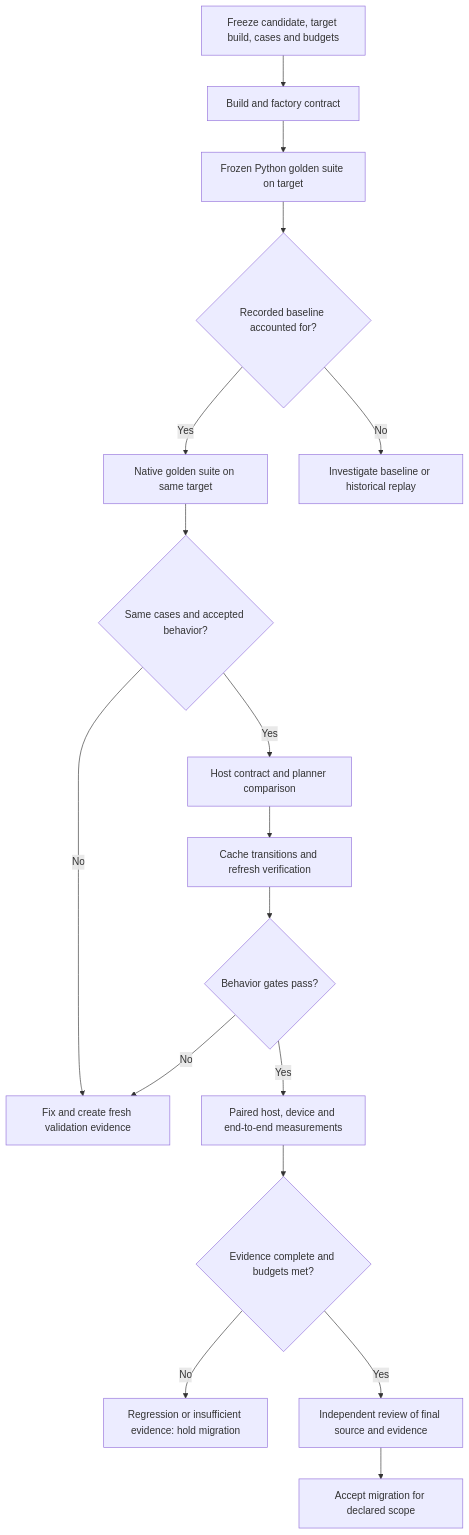
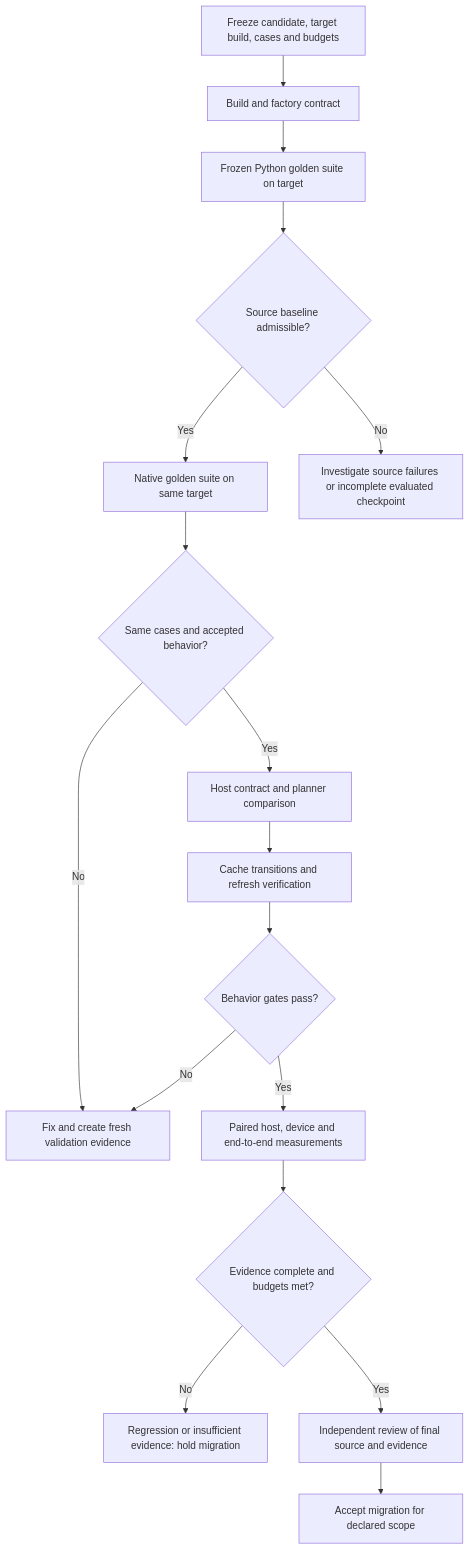
The diagram in tools/generic_op_to_factory/COMPARISON_GATE.md (tenstorrent/tt-metal), drawn with Mermaid before and after one commit. The commit also changed other lines of this file and 8 other files, not shown here.

````diff
--- a/tools/generic_op_to_factory/COMPARISON_GATE.md
+++ b/tools/generic_op_to_factory/COMPARISON_GATE.md
@@ -18,19 +23,19 @@
 ```mermaid
 flowchart TD
     A[Freeze candidate, target build, cases and budgets] --> B[Build and factory contract]
     B --> C[Frozen Python golden suite on target]
-    C --> D{Recorded baseline accounted for?}
+    C --> D{Source baseline admissible?}
     D -- Yes --> E[Native golden suite on same target]
-    D -- No --> X[Investigate baseline or historical replay]
+    D -- No --> X[Investigate source failures or incomplete evaluated checkpoint]
     E --> F{Same cases and accepted behavior?}
     F -- No --> Y[Fix and create fresh validation evidence]
     F -- Yes --> G[Host contract and planner comparison]
     G --> H[Cache transitions and refresh verification]
     H --> I{Behavior gates pass?}
     I -- No --> Y
     I -- Yes --> J[Paired host, device and end-to-end measurements]
     J --> K{Evidence complete and budgets met?}
     K -- No --> L[Regression or insufficient evidence: hold migration]
     K -- Yes --> M[Independent review of final source and evidence]
     M --> N[Accept migration for declared scope]
 ```
````
